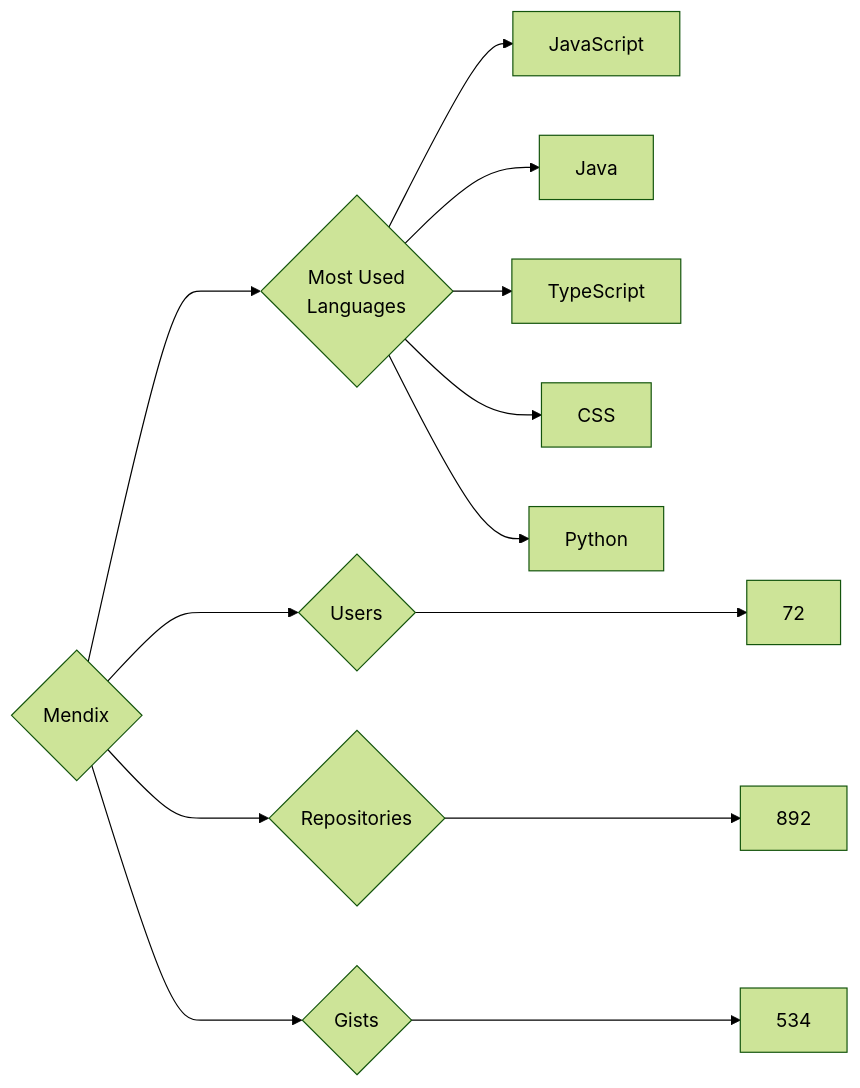
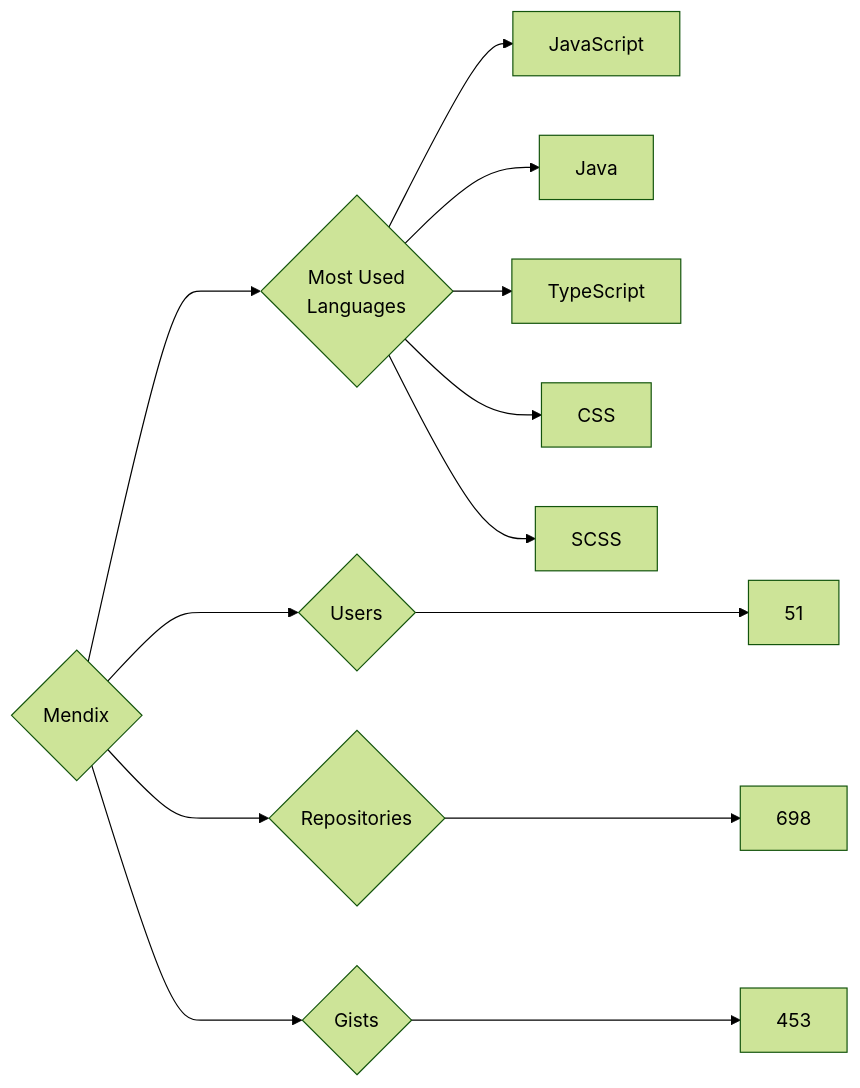
The diagram in targets/Mendix/README.md (trickest/insiders), drawn with Mermaid (forest theme) before and after one commit. The commit also changed 969 other files, not shown here.

````diff
--- a/targets/Mendix/README.md
+++ b/targets/Mendix/README.md
@@ -3,13 +3,13 @@
 ```mermaid
 graph LR
 COMPANY_NAME{Mendix}
-COMPANY_NAME ---> U{Users} ---> UN[72]
-COMPANY_NAME ---> R{Repositories} ---> RN[892]
-COMPANY_NAME ---> G{Gists} ---> GN[534]
+COMPANY_NAME ---> U{Users} ---> UN[51]
+COMPANY_NAME ---> R{Repositories} ---> RN[698]
+COMPANY_NAME ---> G{Gists} ---> GN[453]
 COMPANY_NAME ---> ML{Most Used<br>Languages}
 ML --> JavaScript[JavaScript]
 ML --> Java[Java]
 ML --> TypeScript[TypeScript]
 ML --> CSS[CSS]
-ML --> Python[Python]
+ML --> SCSS[SCSS]
 ```
````
